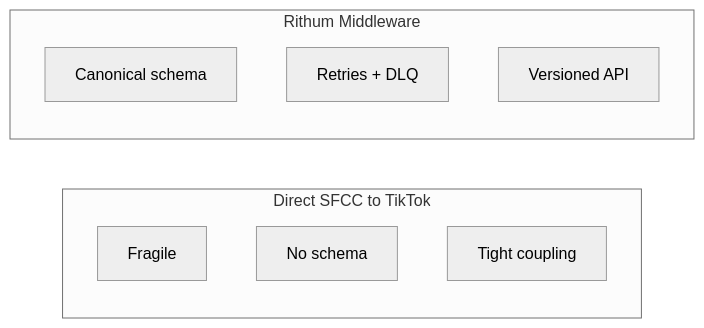
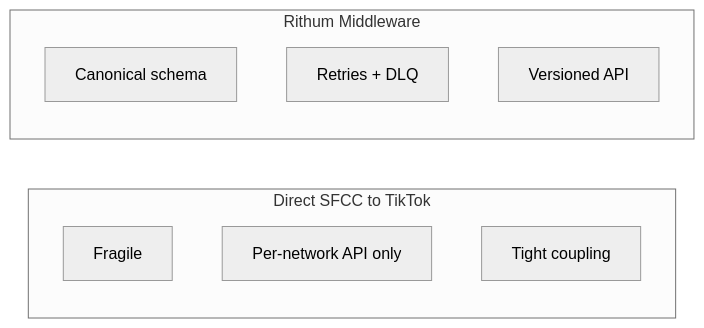
The second of 10 diagrams in presentation.md (alienfacepalm/columbia-social-order-use-case), drawn with Mermaid (neutral theme) before and after one commit. The commit also changed other lines of this file and 7 other files, not shown here.

````diff
--- a/presentation.md
+++ b/presentation.md
@@ -103,13 +103,13 @@
 ```mermaid
 flowchart LR
     subgraph direct["Direct SFCC to TikTok"]
         D1[Fragile]
-        D2[No schema]
+        D2["Per-network API only"]
         D3[Tight coupling]
     end
     subgraph rithum["Rithum Middleware"]
         R1["Canonical schema"]
         R2["Retries + DLQ"]
         R3["Versioned API"]
     end
 ```
````
